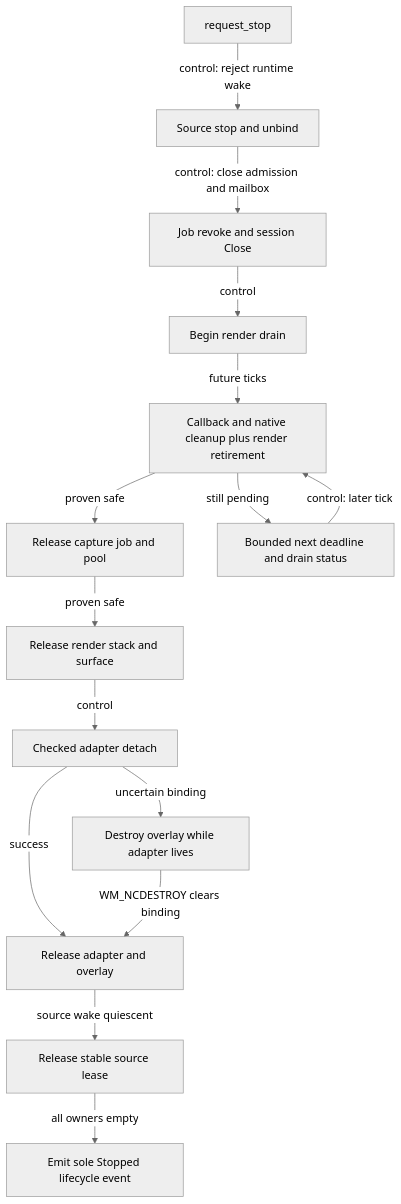
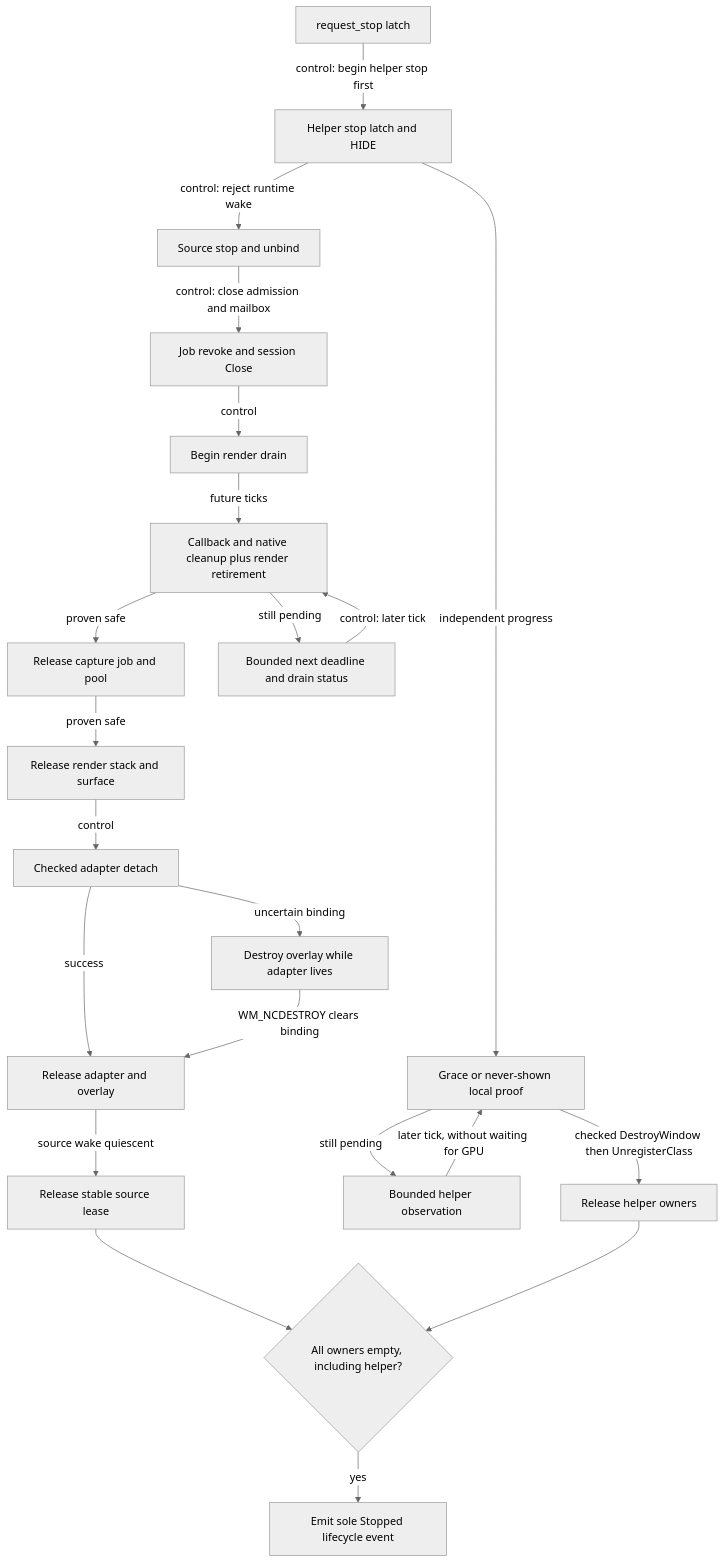
One commit to Mes0903/avb0795 changed the fifth of 7 diagrams in docs/architecture/windows-runtime-overlay.md. Above: the diagram before and after it, drawn with Mermaid (neutral theme). The commit also changed other lines of this file and 24 other files, not shown here.

````diff
--- a/docs/architecture/windows-runtime-overlay.md
+++ b/docs/architecture/windows-runtime-overlay.md
@@ -111,17 +141,24 @@
 ```mermaid
 flowchart TD
-    Stop[request_stop] -->|control: reject runtime wake| SourceStop[Source stop and unbind]
+    Stop[request_stop latch] -->|control: begin helper stop first| HelperStop[Helper stop latch and HIDE]
+    HelperStop -->|independent progress| HelperProof[Grace or never-shown local proof]
+    HelperProof -->|checked DestroyWindow then UnregisterClass| ReleaseHelper[Release helper owners]
+    HelperProof -->|still pending| HelperPoll[Bounded helper observation]
+    HelperPoll -->|later tick, without waiting for GPU| HelperProof
+    HelperStop -->|control: reject runtime wake| SourceStop[Source stop and unbind]
     SourceStop -->|control: close admission and mailbox| JobStop[Job revoke and session Close]
     JobStop -->|control| RenderDrain[Begin render drain]
     RenderDrain -->|future ticks| Proof[Callback and native cleanup plus render retirement]
     Proof -->|proven safe| ReleaseJob[Release capture job and pool]
     ReleaseJob -->|proven safe| ReleaseRender[Release render stack and surface]
     ReleaseRender -->|control| Detach[Checked adapter detach]
     Detach -->|success| ReleaseWindow[Release adapter and overlay]
     Detach -->|uncertain binding| DestroyWindow[Destroy overlay while adapter lives]
     DestroyWindow -->|WM_NCDESTROY clears binding| ReleaseWindow
     ReleaseWindow -->|source wake quiescent| ReleaseSource[Release stable source lease]
-    ReleaseSource -->|all owners empty| Stopped[Emit sole Stopped lifecycle event]
+    ReleaseSource --> Owners{"All owners empty, including helper?"}
+    ReleaseHelper --> Owners
+    Owners -->|yes| Stopped[Emit sole Stopped lifecycle event]
     Proof -->|still pending| Poll[Bounded next deadline and drain status]
     Poll -->|control: later tick| Proof
 ```
````
